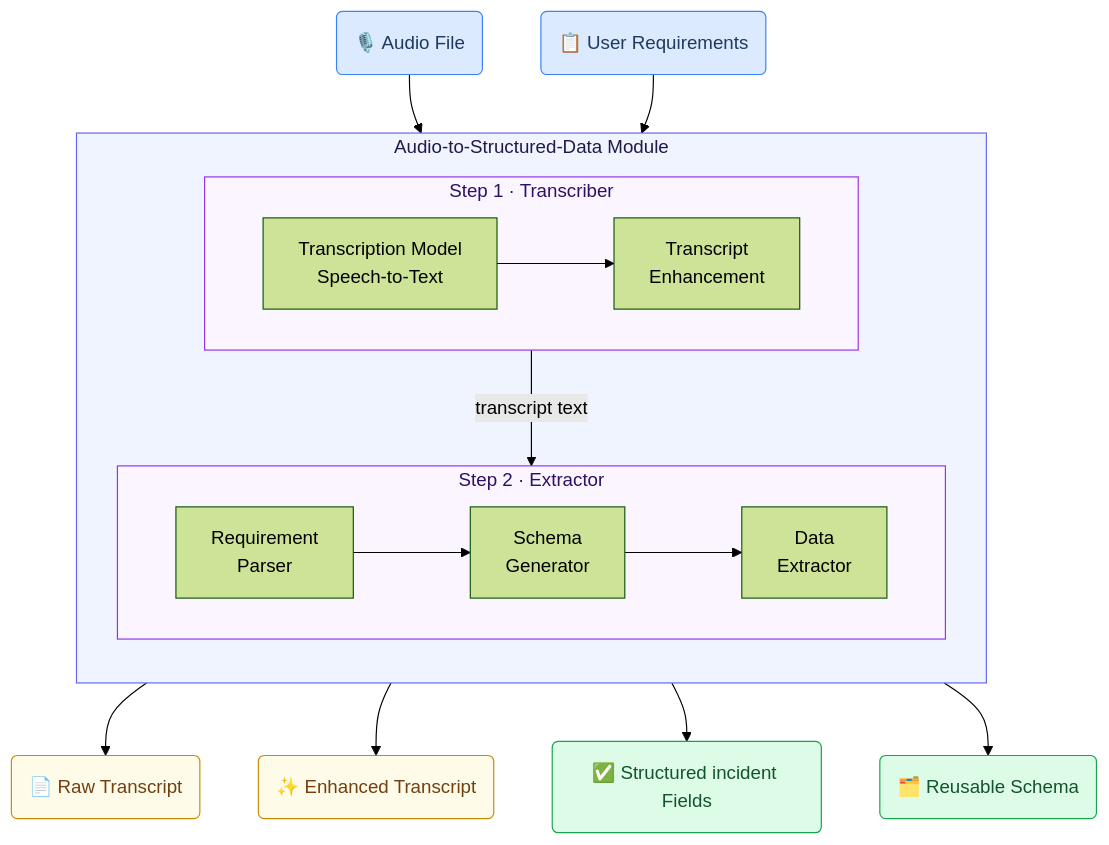
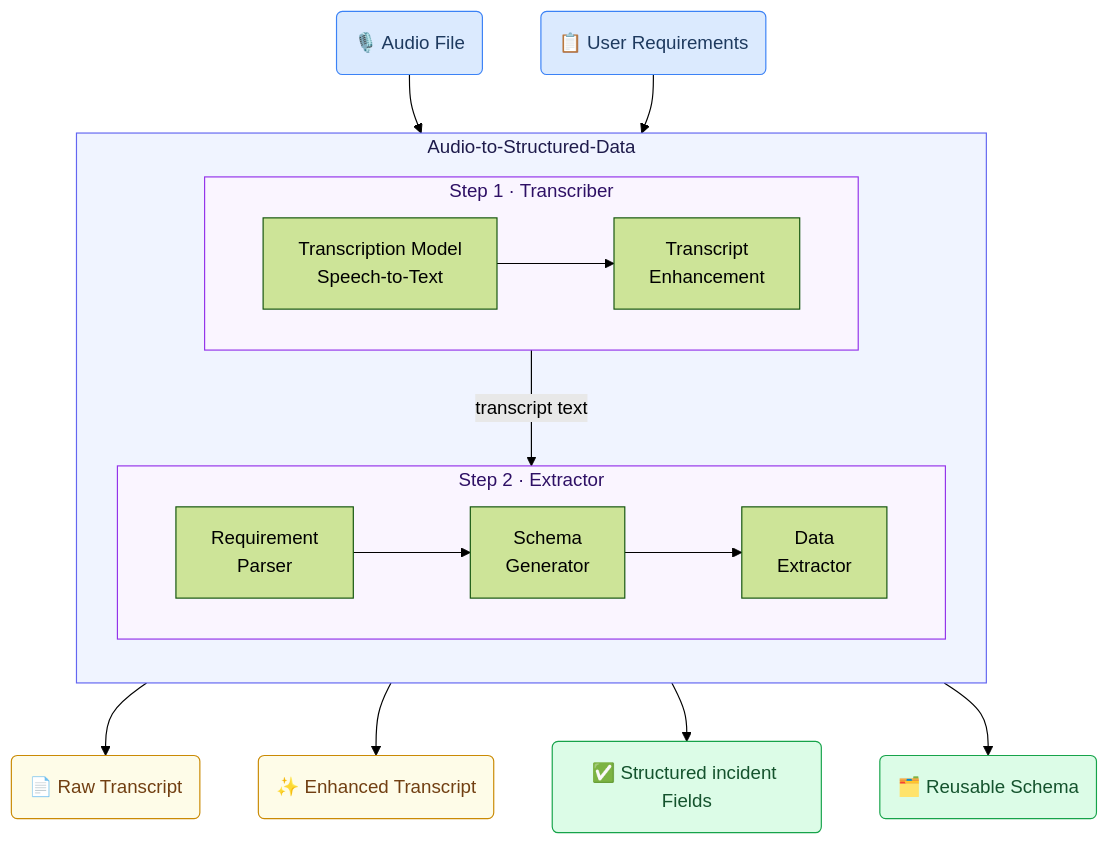
One commit to GAIK-project/gaik-toolkit changed the fourth of 4 diagrams in use_cases/Incident_reporting.md. Above: the diagram before and after it, drawn with Mermaid (forest theme).

Commit message:
Updated the incident reporting use case

````diff
--- a/use_cases/Incident_reporting.md
+++ b/use_cases/Incident_reporting.md
@@ -119,36 +119,36 @@
 ```mermaid
 flowchart TD
     IN1("🎙️ Audio File") --> MOD
     IN2("📋 User Requirements") --> MOD
 
-    subgraph MOD["Audio-to-Structured-Data Module"]
+    subgraph MOD["Audio-to-Structured-Data"]
         direction TB
 
         subgraph T["Step 1 · Transcriber"]
             direction LR
             W["Transcription Model<br/>Speech-to-Text"] --> G["Transcript<br/>Enhancement"]
         end
 
         subgraph X["Step 2 · Extractor"]
             direction LR
             RP["Requirement<br/>Parser"] --> SG["Schema<br/>Generator"] --> DE["Data<br/>Extractor"]
         end
 
         T -->|"transcript text"| X
     end
 
     MOD --> O1("📄 Raw Transcript")
     MOD --> O2("✨ Enhanced Transcript")
     MOD --> O3("✅ Structured incident Fields")
     MOD --> O4("🗂️ Reusable Schema")
 
     style IN1 fill:#dbeafe,stroke:#3b82f6,color:#1e3a5f
     style IN2 fill:#dbeafe,stroke:#3b82f6,color:#1e3a5f
     style O1 fill:#fefce8,stroke:#ca8a04,color:#713f12
     style O2 fill:#fefce8,stroke:#ca8a04,color:#713f12
     style O3 fill:#dcfce7,stroke:#16a34a,color:#14532d
     style O4 fill:#dcfce7,stroke:#16a34a,color:#14532d
     style MOD fill:#f0f4ff,stroke:#6366f1,color:#1e1b4b
     style T fill:#faf5ff,stroke:#9333ea,color:#2e1065
     style X fill:#faf5ff,stroke:#9333ea,color:#2e1065
 ```
````
